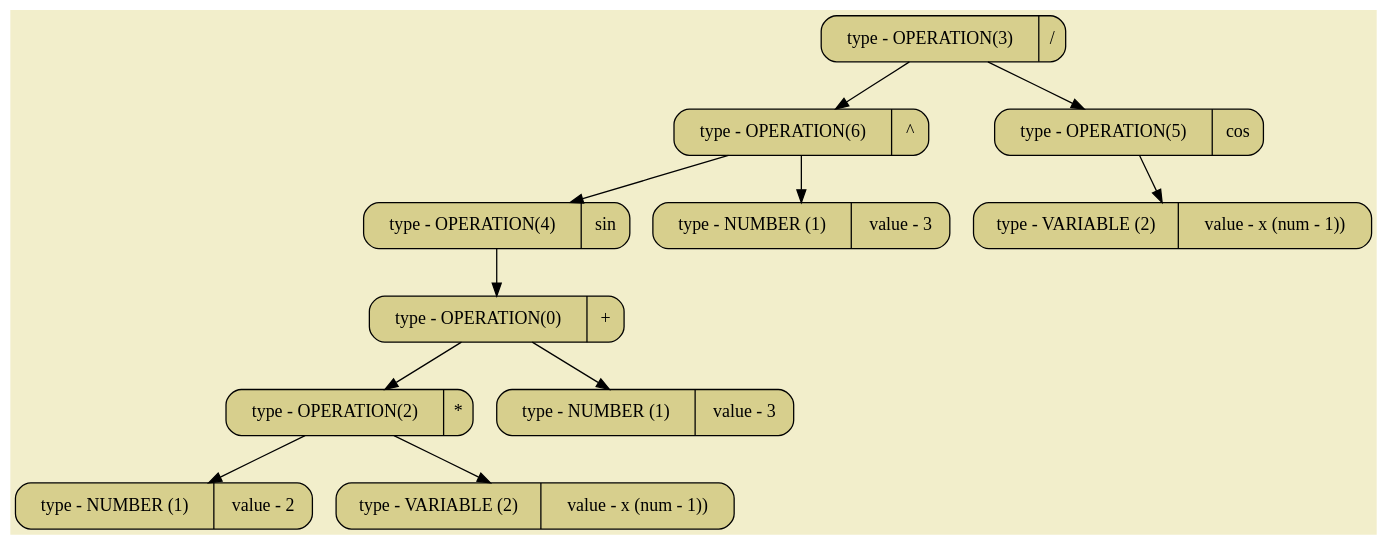
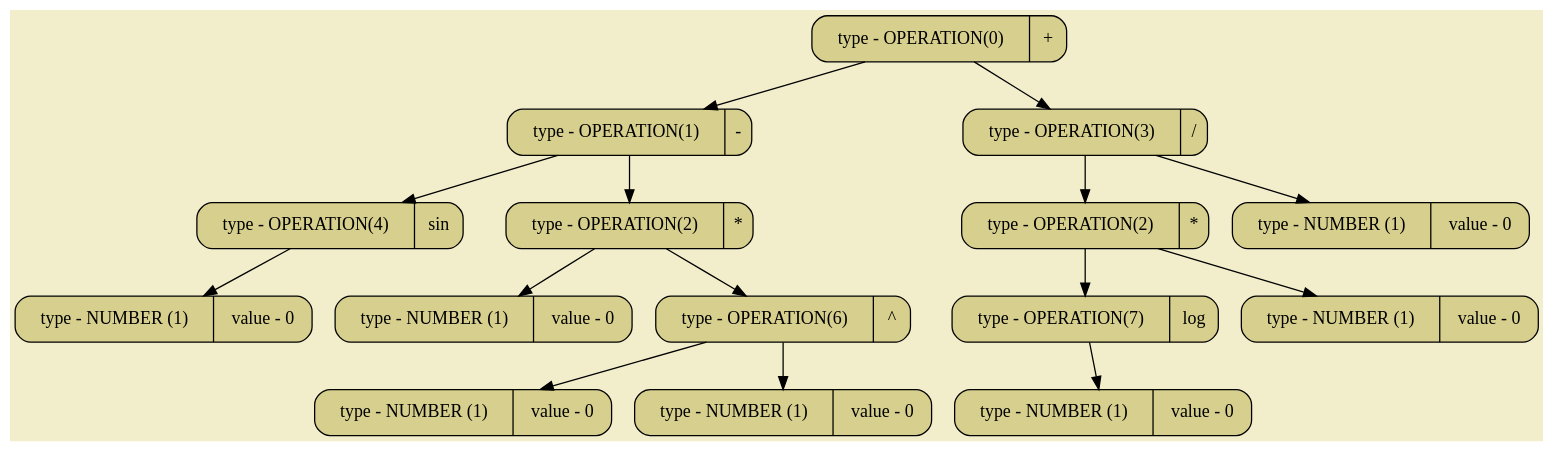
One commit to SashaKhaytina/Differenciator changed the diagram in pictures/image01.dot. Above: the diagram before and after it, drawn with Graphviz. The commit also changed 23 other files, not shown here.

```diff
--- a/pictures/image01.dot
+++ b/pictures/image01.dot
@@ -1,26 +1,34 @@
 digraph
 {
 bgcolor="#F2EECB";
 rankdir = TB;
-POINT_0x5aeaa54f65b0[shape=Mrecord, label = "type - OPERATION(3) | /", style="filled",fillcolor="#D7CF8D"]
-POINT_0x5aeaa54f6580[shape=Mrecord, label = "type - OPERATION(6) | ^", style="filled",fillcolor="#D7CF8D"]
-POINT_0x5aeaa54f64a8[shape=Mrecord, label = "type - OPERATION(4) | sin", style="filled",fillcolor="#D7CF8D"]
-POINT_0x5aeaa54f6520[shape=Mrecord, label = "type - OPERATION(0) | +", style="filled",fillcolor="#D7CF8D"]
-POINT_0x5aeaa54f64f0[shape=Mrecord, label = "type - OPERATION(2) | *", style="filled",fillcolor="#D7CF8D"]
-POINT_0x5aeaa54f64d8[shape=Mrecord, label = "type - NUMBER (1) | value - 2", style="filled",fillcolor="#D7CF8D"]
-POINT_0x5aeaa54f6508[shape=Mrecord, label = "type - VARIABLE (2) | value - x (num - 1))", style="filled",fillcolor="#D7CF8D"]
-POINT_0x5aeaa54f6538[shape=Mrecord, label = "type - NUMBER (1) | value - 3", style="filled",fillcolor="#D7CF8D"]
-POINT_0x5aeaa54f6598[shape=Mrecord, label = "type - NUMBER (1) | value - 3", style="filled",fillcolor="#D7CF8D"]
-POINT_0x5aeaa54f65c8[shape=Mrecord, label = "type - OPERATION(5) | cos", style="filled",fillcolor="#D7CF8D"]
-POINT_0x5aeaa54f65f8[shape=Mrecord, label = "type - VARIABLE (2) | value - x (num - 1))", style="filled",fillcolor="#D7CF8D"]
-POINT_0x5aeaa54f65b0 -> POINT_0x5aeaa54f6580
-POINT_0x5aeaa54f65b0 -> POINT_0x5aeaa54f65c8
-POINT_0x5aeaa54f6580 -> POINT_0x5aeaa54f64a8
-POINT_0x5aeaa54f6580 -> POINT_0x5aeaa54f6598
-POINT_0x5aeaa54f64a8 -> POINT_0x5aeaa54f6520
-POINT_0x5aeaa54f6520 -> POINT_0x5aeaa54f64f0
-POINT_0x5aeaa54f6520 -> POINT_0x5aeaa54f6538
-POINT_0x5aeaa54f64f0 -> POINT_0x5aeaa54f64d8
-POINT_0x5aeaa54f64f0 -> POINT_0x5aeaa54f6508
-POINT_0x5aeaa54f65c8 -> POINT_0x5aeaa54f65f8
+POINT_0x628a207a0610[shape=Mrecord, label = "type - OPERATION(0) | +", style="filled",fillcolor="#D7CF8D"]
+POINT_0x628a207a0510[shape=Mrecord, label = "type - OPERATION(1) | -", style="filled",fillcolor="#D7CF8D"]
+POINT_0x628a207a0490[shape=Mrecord, label = "type - OPERATION(4) | sin", style="filled",fillcolor="#D7CF8D"]
+POINT_0x628a207a04d0[shape=Mrecord, label = "type - NUMBER (1) | value - 0", style="filled",fillcolor="#D7CF8D"]
+POINT_0x628a207a0550[shape=Mrecord, label = "type - OPERATION(2) | *", style="filled",fillcolor="#D7CF8D"]
+POINT_0x628a207a0530[shape=Mrecord, label = "type - NUMBER (1) | value - 0", style="filled",fillcolor="#D7CF8D"]
+POINT_0x628a207a05d0[shape=Mrecord, label = "type - OPERATION(6) | ^", style="filled",fillcolor="#D7CF8D"]
+POINT_0x628a207a0590[shape=Mrecord, label = "type - NUMBER (1) | value - 0", style="filled",fillcolor="#D7CF8D"]
+POINT_0x628a207a05f0[shape=Mrecord, label = "type - NUMBER (1) | value - 0", style="filled",fillcolor="#D7CF8D"]
+POINT_0x628a207a06f0[shape=Mrecord, label = "type - OPERATION(3) | /", style="filled",fillcolor="#D7CF8D"]
+POINT_0x628a207a06b0[shape=Mrecord, label = "type - OPERATION(2) | *", style="filled",fillcolor="#D7CF8D"]
+POINT_0x628a207a0630[shape=Mrecord, label = "type - OPERATION(7) | log", style="filled",fillcolor="#D7CF8D"]
+POINT_0x628a207a0670[shape=Mrecord, label = "type - NUMBER (1) | value - 0", style="filled",fillcolor="#D7CF8D"]
+POINT_0x628a207a06d0[shape=Mrecord, label = "type - NUMBER (1) | value - 0", style="filled",fillcolor="#D7CF8D"]
+POINT_0x628a207a0710[shape=Mrecord, label = "type - NUMBER (1) | value - 0", style="filled",fillcolor="#D7CF8D"]
+POINT_0x628a207a0610 -> POINT_0x628a207a0510
+POINT_0x628a207a0610 -> POINT_0x628a207a06f0
+POINT_0x628a207a0510 -> POINT_0x628a207a0490
+POINT_0x628a207a0510 -> POINT_0x628a207a0550
+POINT_0x628a207a0490 -> POINT_0x628a207a04d0
+POINT_0x628a207a0550 -> POINT_0x628a207a0530
+POINT_0x628a207a0550 -> POINT_0x628a207a05d0
+POINT_0x628a207a05d0 -> POINT_0x628a207a0590
+POINT_0x628a207a05d0 -> POINT_0x628a207a05f0
+POINT_0x628a207a06f0 -> POINT_0x628a207a06b0
+POINT_0x628a207a06f0 -> POINT_0x628a207a0710
+POINT_0x628a207a06b0 -> POINT_0x628a207a0630
+POINT_0x628a207a06b0 -> POINT_0x628a207a06d0
+POINT_0x628a207a0630 -> POINT_0x628a207a0670
 }
```
